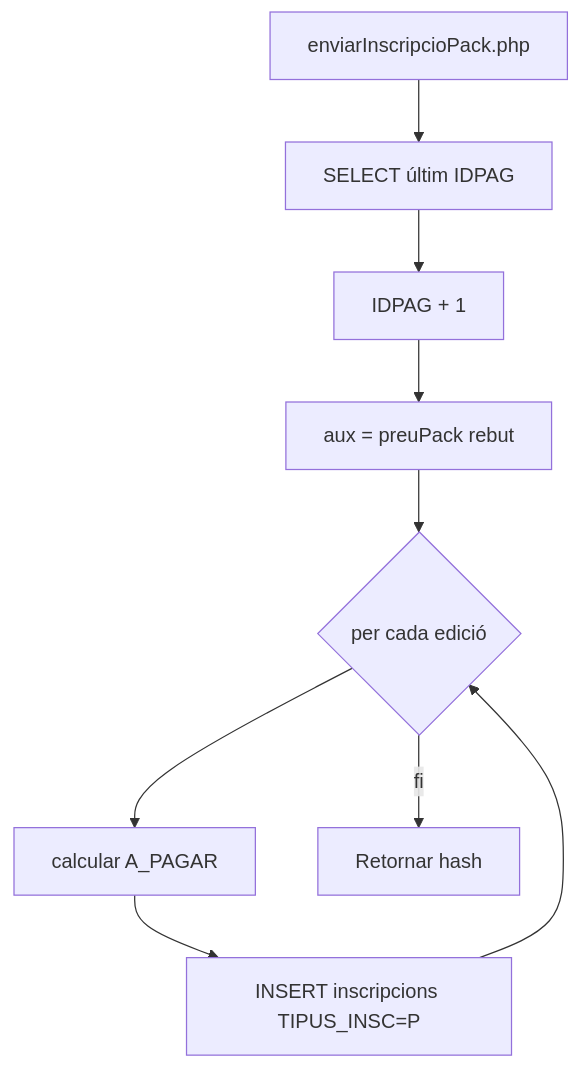
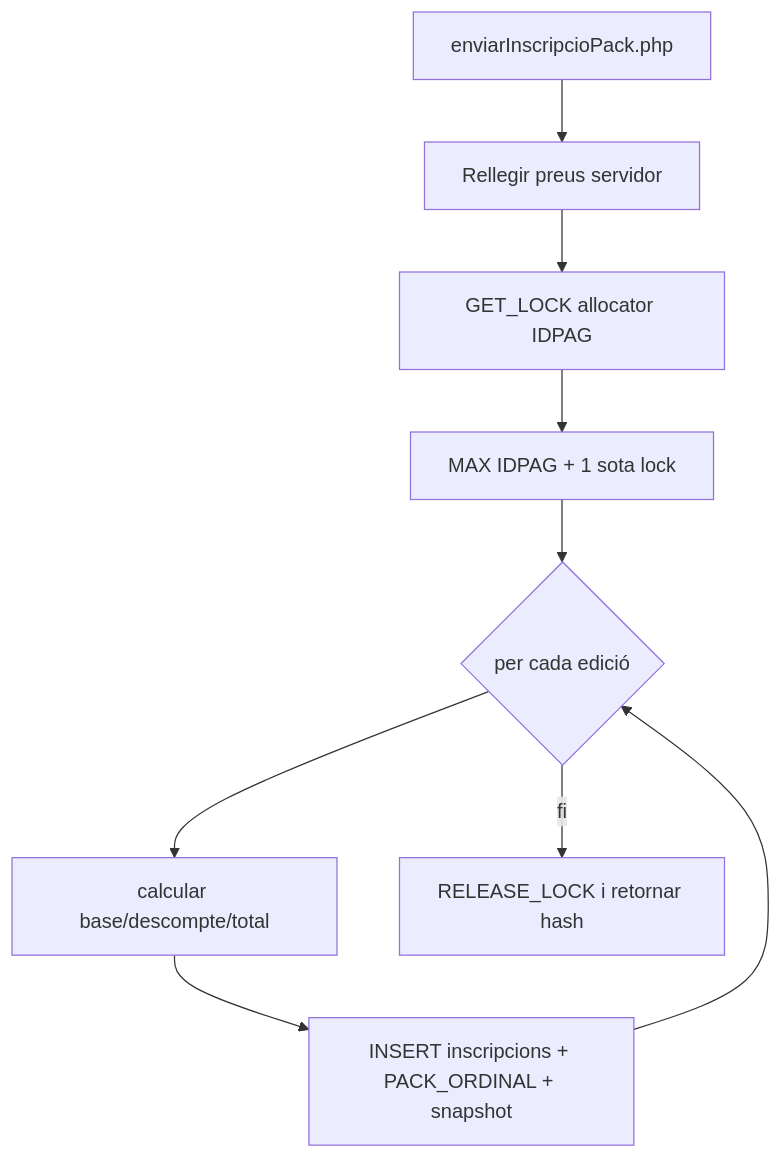
The seventh of 20 diagrams in documentacio/07-uml-integrat/uc-015-activitats-pagines-pack-actual-final.md (orgmeriemprismacat-del/verifactu), drawn with Mermaid before and after one commit. The commit also changed other lines of this file, not shown here.

````diff
--- a/documentacio/07-uml-integrat/uc-015-activitats-pagines-pack-actual-final.md
+++ b/documentacio/07-uml-integrat/uc-015-activitats-pagines-pack-actual-final.md
@@ -98,11 +98,11 @@
 ```mermaid
 flowchart TD
-A[enviarInscripcioPack.php] --> B[SELECT últim IDPAG]
-B --> C[IDPAG + 1]
-C --> D[aux = preuPack rebut]
+A[enviarInscripcioPack.php] --> B[Rellegir preus servidor]
+B --> C[GET_LOCK allocator IDPAG]
+C --> D[MAX IDPAG + 1 sota lock]
 D --> E{per cada edició}
-E --> F[calcular A_PAGAR]
-F --> G[INSERT inscripcions TIPUS_INSC=P]
+E --> F[calcular base/descompte/total]
+F --> G[INSERT inscripcions + PACK_ORDINAL + snapshot]
 G --> E
-E -->|fi| H[Retornar hash]
+E -->|fi| H[RELEASE_LOCK i retornar hash]
 ```
````
